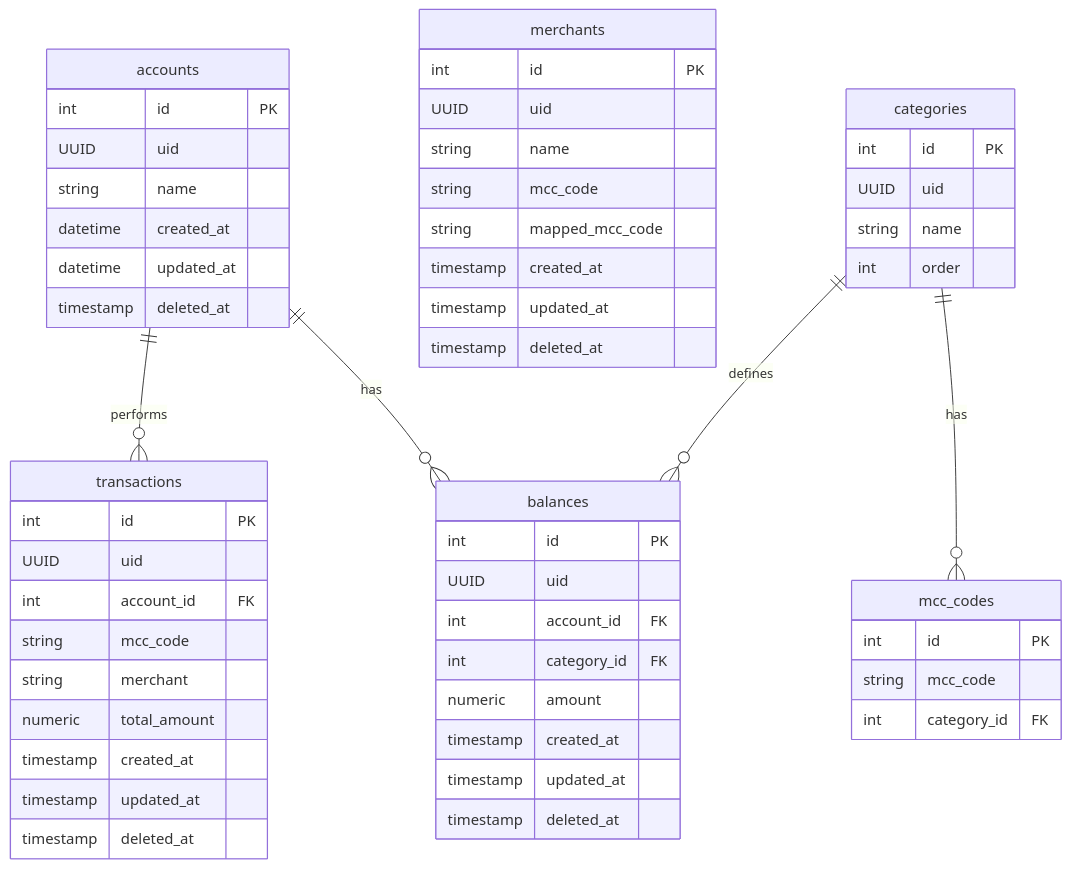
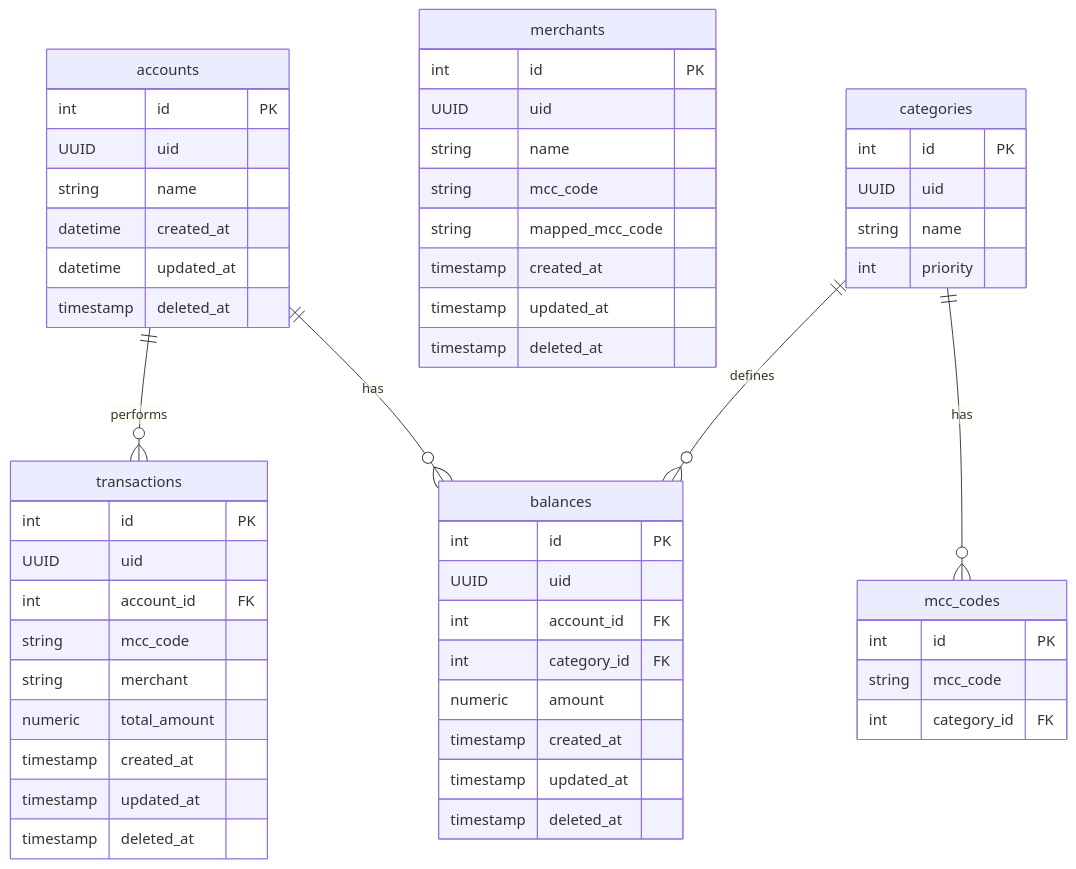
Before and after one commit to marciovmartins/jtonynet-go-payments-api: the second of 3 diagrams in README.md, drawn with Mermaid. The commit also changed other lines of this file and 7 other files, not shown here.

````diff
--- a/README.md
+++ b/README.md
@@ -448,65 +448,65 @@
 ```mermaid
 erDiagram
     accounts {
         int id PK
         UUID uid
         string name
         datetime created_at
         datetime updated_at
         timestamp deleted_at
     }
 
     balances {
         int id PK
         UUID uid
         int account_id FK
         int category_id FK
         numeric amount
         timestamp created_at
         timestamp updated_at
         timestamp deleted_at
     }
 
     transactions {
         int id PK
         UUID uid
         int account_id FK
         string mcc_code
         string merchant
         numeric total_amount
         timestamp created_at
         timestamp updated_at
         timestamp deleted_at
     }
     
     merchants {
         int id PK
         UUID uid
         string name
         string mcc_code
         string mapped_mcc_code
         timestamp created_at
         timestamp updated_at
         timestamp deleted_at
     }
 
     categories {
         int id PK
         UUID uid
         string name
-        int order
+        int priority
     }
 
     mcc_codes {
         int id PK
         string mcc_code
         int category_id FK
     }
 
     accounts ||--o{ balances : has
     accounts ||--o{ transactions : performs
     categories ||--o{ mcc_codes : has
     categories ||--o{ balances : defines
 
     
 ```
````
